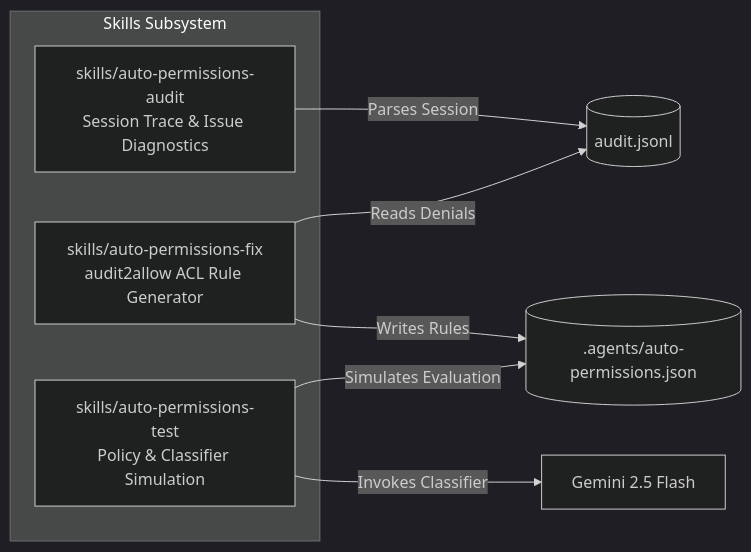
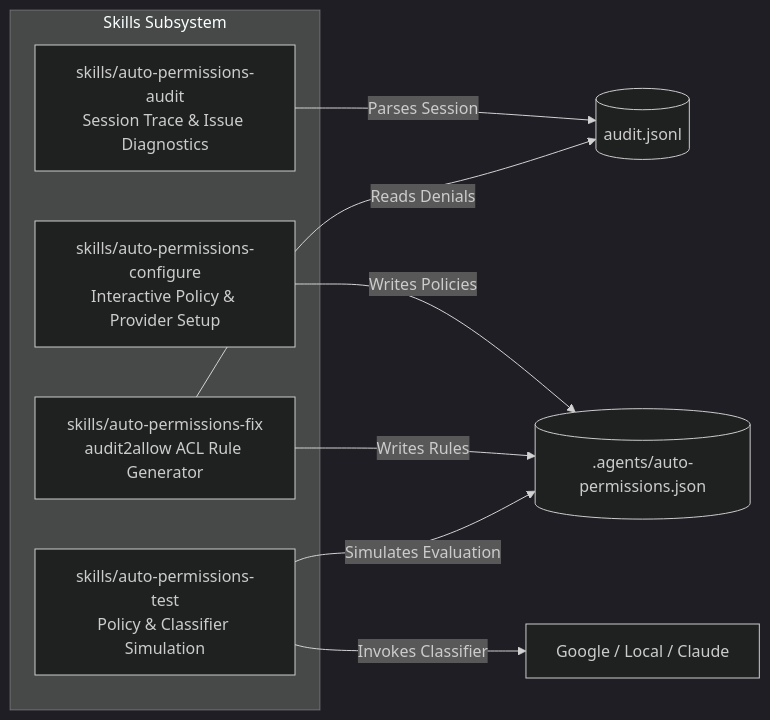
Before and after one commit to abn/google-antigravity-plugin-auto-permissions: the fourth of 4 diagrams in docs/architecture.md, drawn with Mermaid (dark theme). The commit also changed other lines of this file and 6 other files, not shown here.

Commit message:
feat: add auto-permissions-configure interactive policy management skill

````diff
--- a/docs/architecture.md
+++ b/docs/architecture.md
@@ -365,14 +365,16 @@
 ```mermaid
 flowchart LR
     subgraph Skills Subsystem
+        Configure[skills/auto-permissions-configure<br>Interactive Policy & Provider Setup]
         Audit[skills/auto-permissions-audit<br>Session Trace & Issue Diagnostics]
         Fix[skills/auto-permissions-fix<br>audit2allow ACL Rule Generator]
         Test[skills/auto-permissions-test<br>Policy & Classifier Simulation]
     end
 
+    Configure -->|Writes Policies| PolicyConfig[(.agents/auto-permissions.json)]
     Audit -->|Parses Session| SessionLog[(audit.jsonl)]
     Fix -->|Reads Denials| SessionLog
-    Fix -->|Writes Rules| PolicyConfig[(.agents/auto-permissions.json)]
+    Fix -->|Writes Rules| PolicyConfig
     Test -->|Simulates Evaluation| PolicyConfig
-    Test -->|Invokes Classifier| GeminiAPI[Gemini 2.5 Flash]
+    Test -->|Invokes Classifier| ClassifierEngine[Google / Local / Claude]
 ```
````
